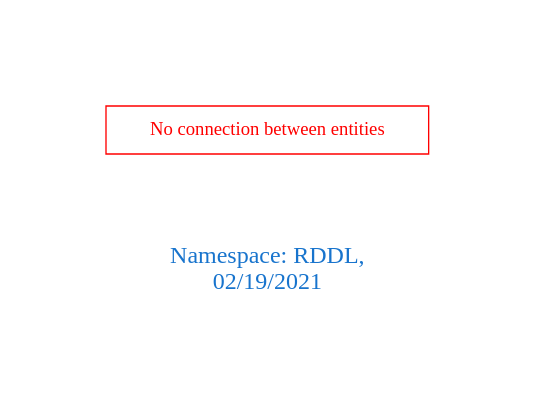
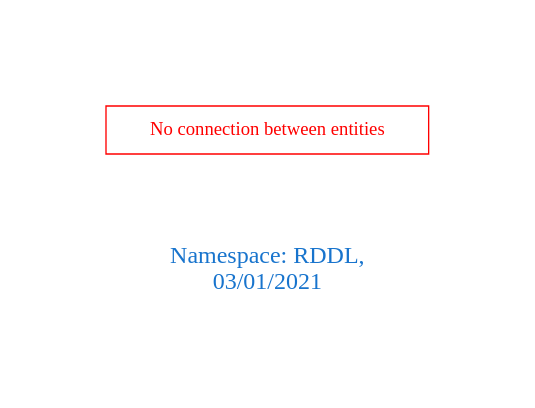
Before and after one commit to arago/OGIT: the diagram in downloads/RDDL.dot, drawn with Graphviz. The commit also changed 1845 other files, not shown here.

```diff
--- a/downloads/RDDL.dot
+++ b/downloads/RDDL.dot
@@ -1,9 +1,9 @@
 digraph OGIT_ontology {
  graph [ rankdir= LR,pad=1 
 fontsize = 18,
-fontcolor= dodgerblue3,label = "\n\n\nNamespace: RDDL, \n 02/19/2021"];
+fontcolor= dodgerblue3,label = "\n\n\nNamespace: RDDL, \n 03/01/2021"];
 node[shape=polygon];
 edge [  color="gray81"];
 
 "No connection between entities" [fontcolor = "red",color="red", shape="polygon"]
 }
```
